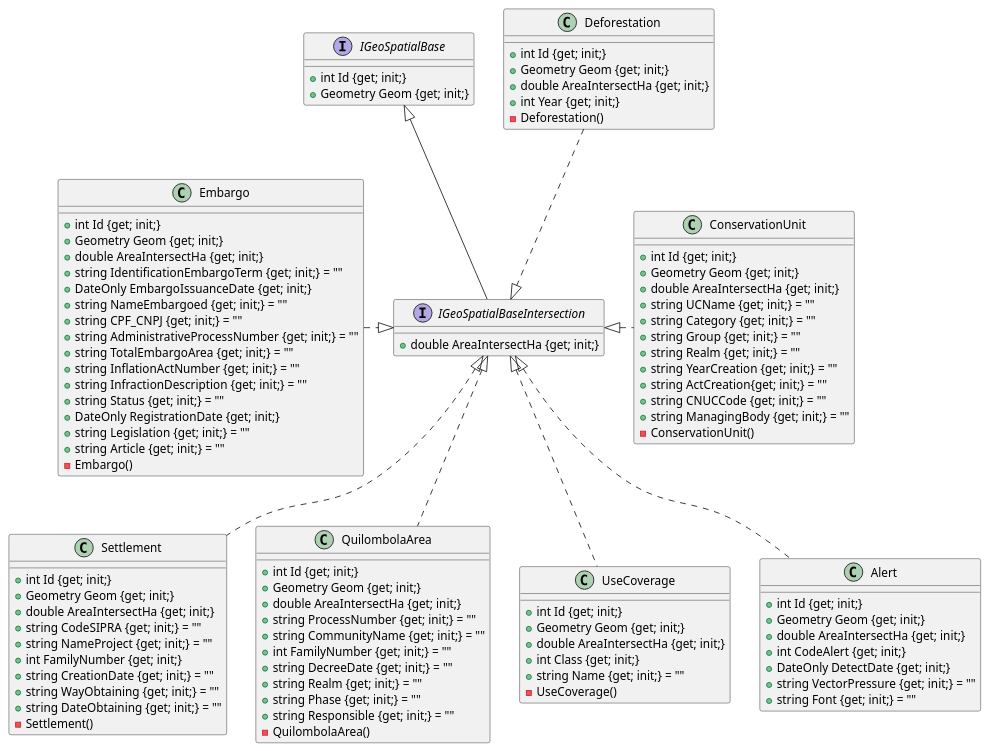
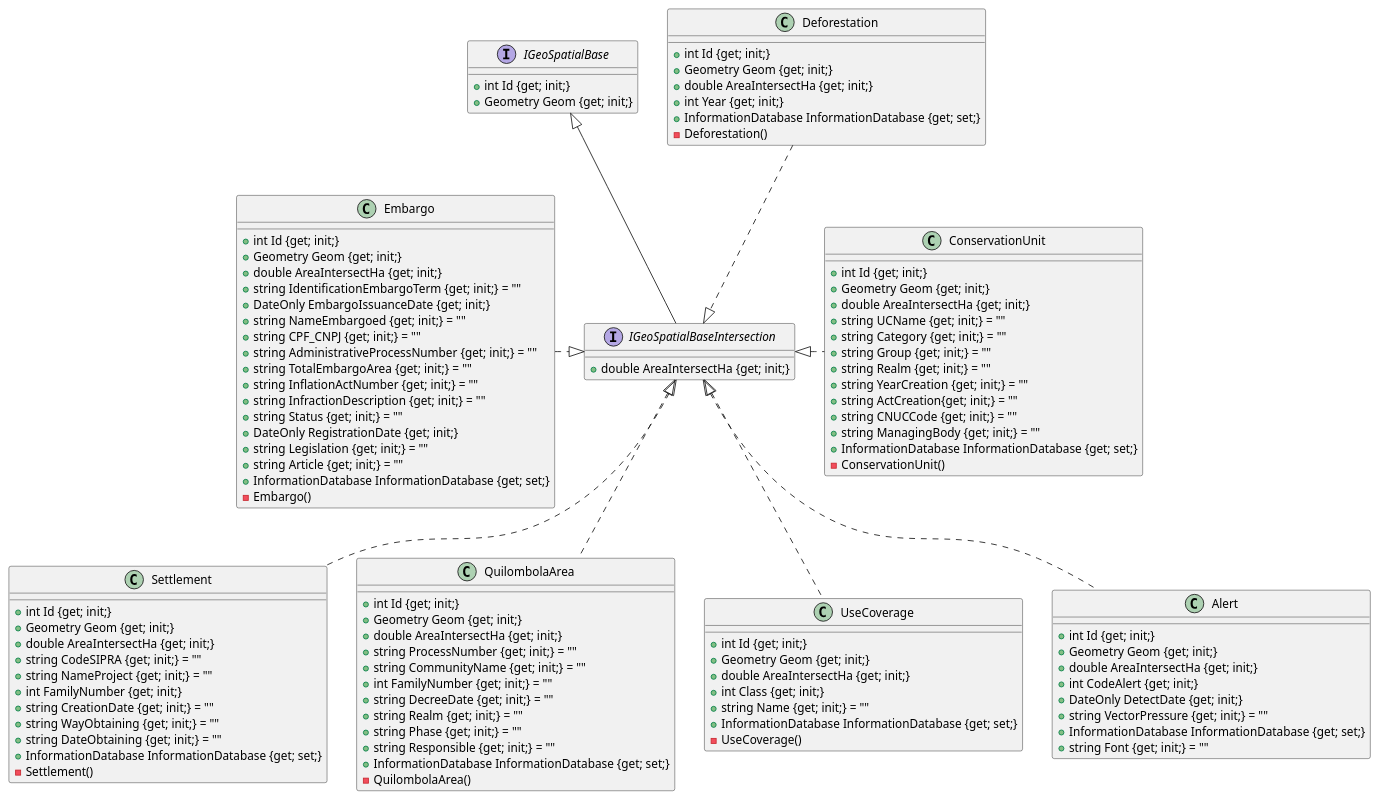
Before and after one commit to ruralgises/documentation: the diagram in class-diagram/interserct-diagram.plantuml, drawn with PlantUML.

```diff
--- a/class-diagram/interserct-diagram.plantuml
+++ b/class-diagram/interserct-diagram.plantuml
@@ -1,103 +1,110 @@
 @startuml
 
 interface IGeoSpatialBase {
     {method} +int Id {get; init;}
     {method} +Geometry Geom {get; init;}
 }
 
 interface IGeoSpatialBaseIntersection extends IGeoSpatialBase {
     {method} +double AreaIntersectHa {get; init;}
 }
 
 class Deforestation {
     {method} +int Id {get; init;}
     {method} +Geometry Geom {get; init;}
     {method} +double AreaIntersectHa {get; init;}
     {method} +int Year {get; init;}
+    {method} +InformationDatabase InformationDatabase {get; set;}
     {method} -Deforestation()
 }
 
 class Settlement implements IGeoSpatialBaseIntersection {
     {method} +int Id {get; init;}
     {method} +Geometry Geom {get; init;}
     {method} +double AreaIntersectHa {get; init;}
     {method} +string CodeSIPRA {get; init;} = ""
     {method} +string NameProject {get; init;} = ""
     {method} +int FamilyNumber {get; init;}
     {method} +string CreationDate {get; init;} = ""
     {method} +string WayObtaining {get; init;} = ""
     {method} +string DateObtaining {get; init;} = ""
+    {method} +InformationDatabase InformationDatabase {get; set;}
     -Settlement()
 }
 
 class ConservationUnit{
     {method} +int Id {get; init;}
     {method} +Geometry Geom {get; init;}
     {method} +double AreaIntersectHa {get; init;}
     {method} +string UCName {get; init;} = ""
     {method} +string Category {get; init;} = ""
     {method} +string Group {get; init;} = ""
     {method} +string Realm {get; init;} = ""
     {method} +string YearCreation {get; init;} = ""
     {method} +string ActCreation{get; init;} = ""
     {method} +string CNUCCode {get; init;} = ""
     {method} +string ManagingBody {get; init;} = ""
+    {method} +InformationDatabase InformationDatabase {get; set;}
     {method} -ConservationUnit()
 }
 
 class QuilombolaArea implements IGeoSpatialBaseIntersection{
     {method} +int Id {get; init;}
     {method} +Geometry Geom {get; init;}
     {method} +double AreaIntersectHa {get; init;}
     {method} +string ProcessNumber {get; init;} = ""
     {method} +string CommunityName {get; init;} = ""
     {method} +int FamilyNumber {get; init;} = ""
     {method} +string DecreeDate {get; init;} = ""
     {method} +string Realm {get; init;} = ""
     {method} +string Phase {get; init;} = ""
     {method} +string Responsible {get; init;} = ""
+    {method} +InformationDatabase InformationDatabase {get; set;}
     {method} -QuilombolaArea()
 }
 
 class UseCoverage implements IGeoSpatialBaseIntersection{
     {method} +int Id {get; init;}
     {method} +Geometry Geom {get; init;}
     {method} +double AreaIntersectHa {get; init;}
     {method} +int Class {get; init;}
     {method} +string Name {get; init;} = ""
+    {method} +InformationDatabase InformationDatabase {get; set;}
     {method} -UseCoverage()
 }
 
 class Embargo{
     {method} +int Id {get; init;}
     {method} +Geometry Geom {get; init;}
     {method} +double AreaIntersectHa {get; init;}
     {method} +string IdentificationEmbargoTerm {get; init;} = ""
     {method} +DateOnly EmbargoIssuanceDate {get; init;}
     {method} +string NameEmbargoed {get; init;} = ""
     {method} +string CPF_CNPJ {get; init;} = ""
     {method} +string AdministrativeProcessNumber {get; init;} = ""
     {method} +string TotalEmbargoArea {get; init;} = ""
     {method} +string InflationActNumber {get; init;} = ""
     {method} +string InfractionDescription {get; init;} = ""
     {method} +string Status {get; init;} = ""
     {method} +DateOnly RegistrationDate {get; init;}
     {method} +string Legislation {get; init;} = ""
     {method} +string Article {get; init;} = ""
+    {method} +InformationDatabase InformationDatabase {get; set;}
     -Embargo()
 }
 
 class Alert implements IGeoSpatialBaseIntersection{
     {method} +int Id {get; init;}
     {method} +Geometry Geom {get; init;}
     {method} +double AreaIntersectHa {get; init;}
     {method} +int CodeAlert {get; init;}
     {method} +DateOnly DetectDate {get; init;}
     {method} +string VectorPressure {get; init;} = ""
+    {method} +InformationDatabase InformationDatabase {get; set;}
     {method} +string Font {get; init;} = ""
 }
 
 Embargo ..right|> IGeoSpatialBaseIntersection 
 Deforestation ..down|> IGeoSpatialBaseIntersection
 ConservationUnit ..left|> IGeoSpatialBaseIntersection
 @enduml
```
